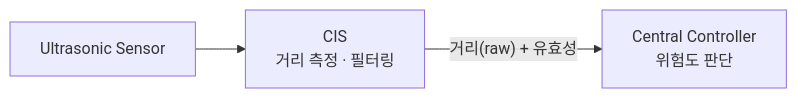
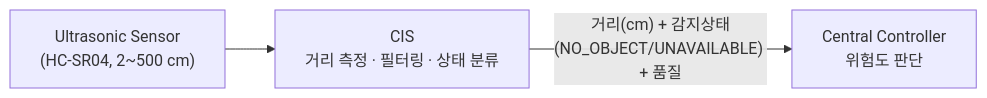
The second of 2 diagrams in docs/requirements/CIS/03_CIS_LOGICAL_INTERFACE_NEEDS_DRAFT.md (vehicle-domain-control-system/integrated-vehicle-control), drawn with Mermaid before and after one commit. The commit also changed other lines of this file and 5 other files, not shown here.

````diff
--- a/docs/requirements/CIS/03_CIS_LOGICAL_INTERFACE_NEEDS_DRAFT.md
+++ b/docs/requirements/CIS/03_CIS_LOGICAL_INTERFACE_NEEDS_DRAFT.md
@@ -39,9 +45,9 @@
 ```mermaid
 flowchart LR
-    US["Ultrasonic Sensor"]
-    CIS["CIS<br/>거리 측정 · 필터링"]
+    US["Ultrasonic Sensor<br/>(HC-SR04, 2~500 cm)"]
+    CIS["CIS<br/>거리 측정 · 필터링 · 상태 분류"]
     CENTRAL["Central Controller<br/>위험도 판단"]
 
     US --> CIS
-    CIS -->|"거리(raw) + 유효성"| CENTRAL
+    CIS -->|"거리(cm) + 감지상태(NO_OBJECT/UNAVAILABLE) + 품질"| CENTRAL
 ```
````
